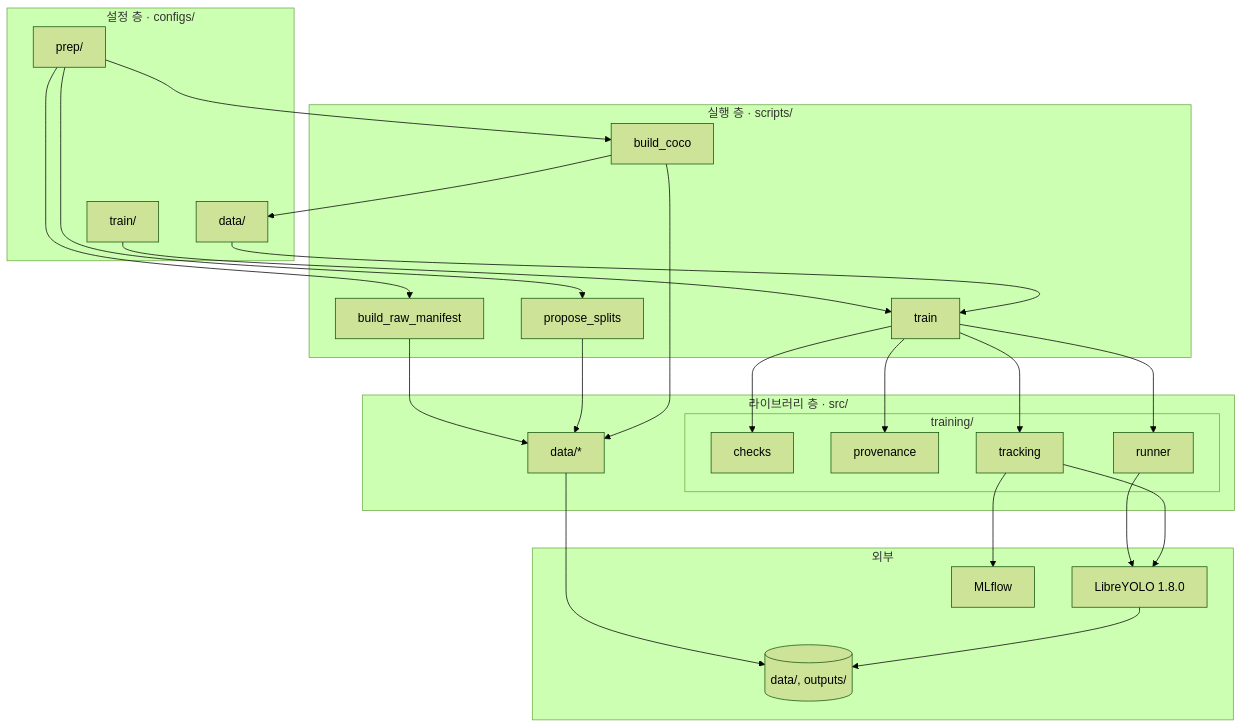
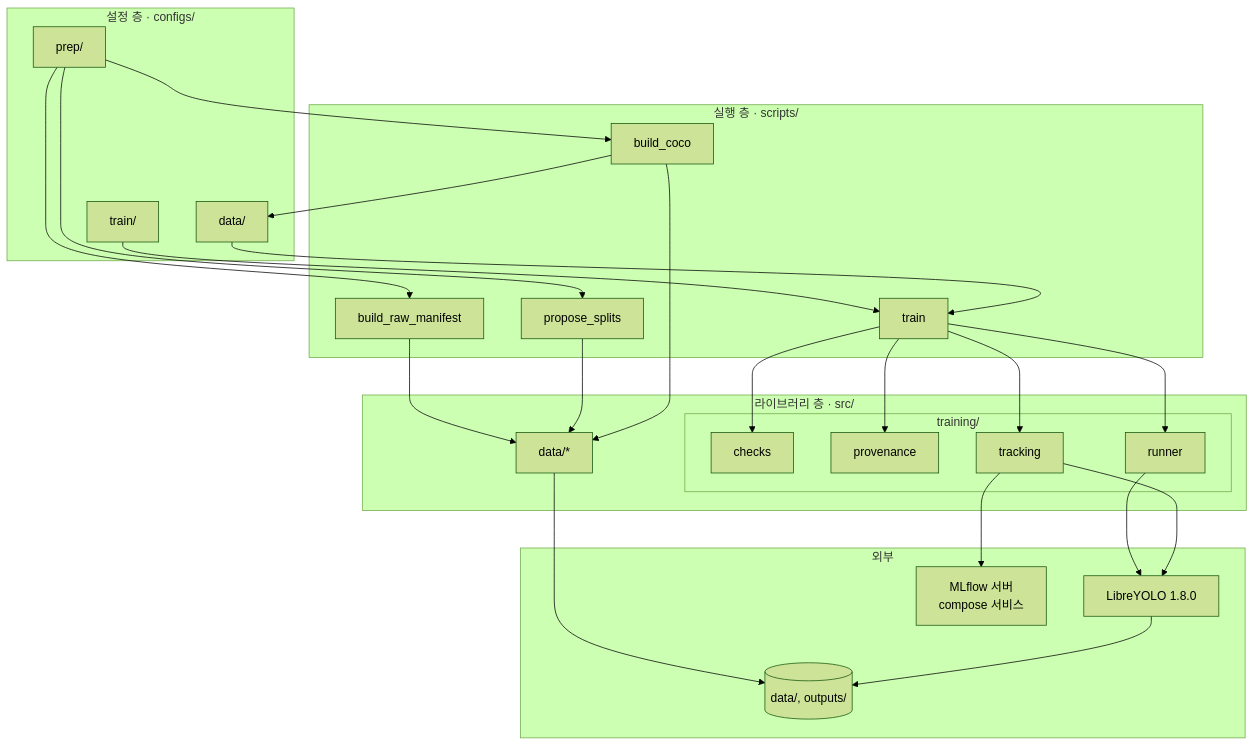
The fourth of 4 diagrams in docs/wiki/phase_1/analyses/training-architecture.md (wjseogur1234/vision-lab), drawn with Mermaid (forest theme) before and after one commit. The commit also changed other lines of this file and 2 other files, not shown here.

First line of the commit message:
docs(wiki): MLflow 시험 결과를 학습 구조 설계에 반영한다

````diff
--- a/docs/wiki/phase_1/analyses/training-architecture.md
+++ b/docs/wiki/phase_1/analyses/training-architecture.md
@@ -257,39 +326,39 @@
 ```mermaid
 flowchart TB
     subgraph Entry[실행 층 · scripts/]
       B1[build_raw_manifest]
       B2[propose_splits]
       B3[build_coco]
       TR[train]
     end
     subgraph Lib[라이브러리 층 · src/]
       D[data/*]
       subgraph TRL[training/]
         CK[checks]
         PV[provenance]
         TK[tracking]
         RN[runner]
       end
     end
     subgraph Cfg[설정 층 · configs/]
       CP[prep/]
       CD[data/]
       CT[train/]
     end
     subgraph Ext[외부]
       LY[LibreYOLO 1.8.0]
-      MF[MLflow]
+      MF[MLflow 서버<br/>compose 서비스]
       FS[(data/, outputs/)]
     end
     CP --> B1 & B2 & B3
     B1 & B2 & B3 --> D
     D --> FS
     B3 --> CD
     CT --> TR
     CD --> TR
     TR --> CK & PV & TK & RN
     RN --> LY
     TK --> LY
     TK --> MF
     LY --> FS
 ```
````
